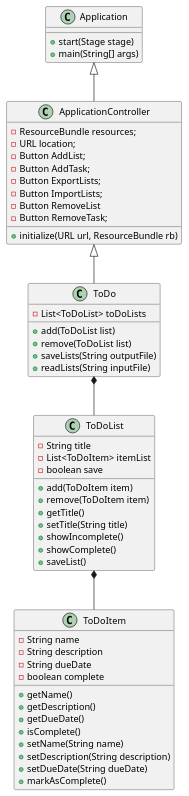
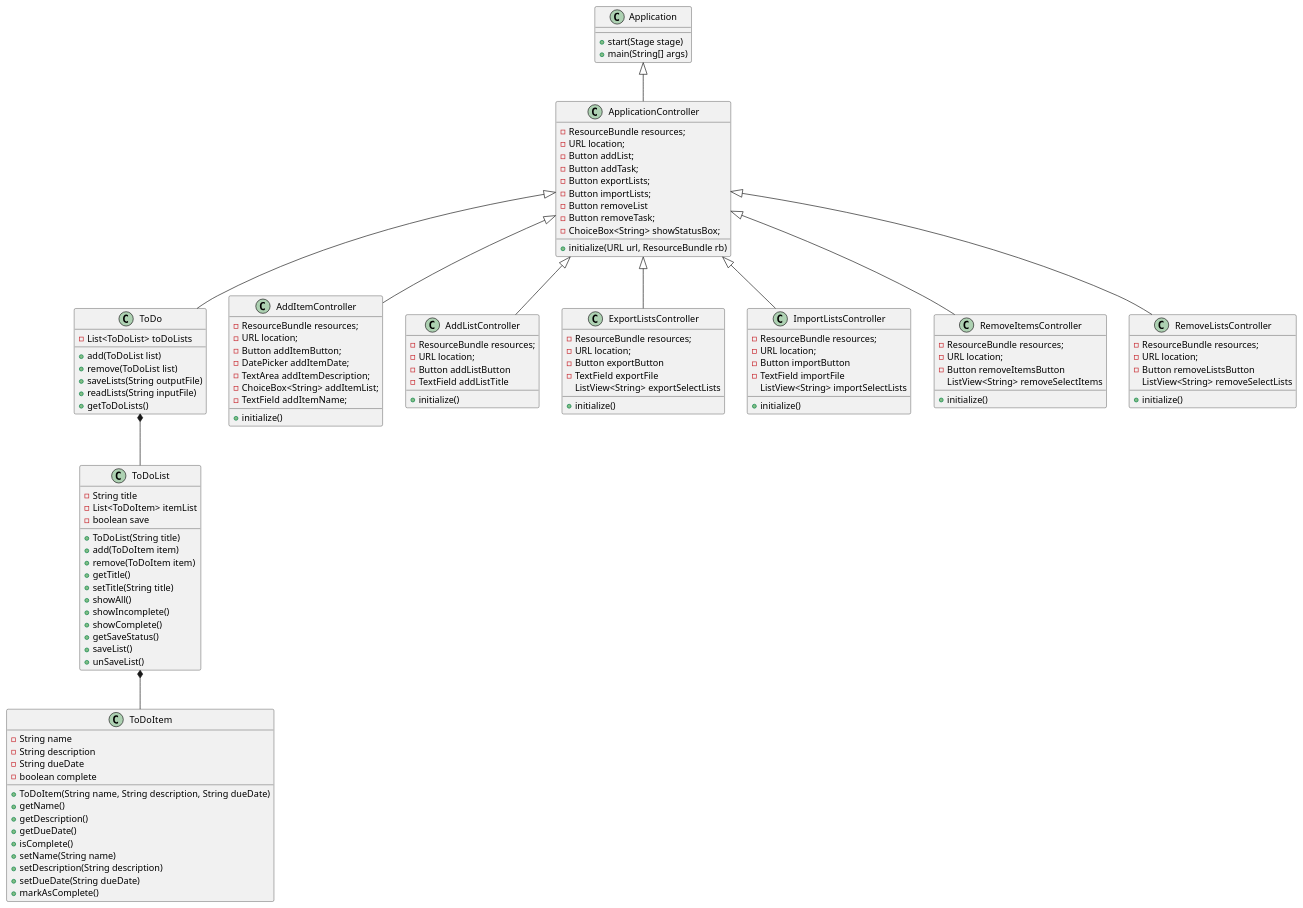
The diagram in docs/ClassDiagram.puml (BlakeLoch/lochmandy-app1-design), drawn with PlantUML before and after one commit. The commit also changed 23 other files, not shown here.

Commit message:
Restructure application, add fxml/controllers, add tests, adjust UML diagram

```diff
--- a/docs/ClassDiagram.puml
+++ b/docs/ClassDiagram.puml
@@ -1,65 +1,136 @@
 @startuml
 
 class Application {
 +start(Stage stage)
 +main(String[] args)
 }
 
 class ApplicationController {
 -ResourceBundle resources;
 -URL location;
--Button AddList;
--Button AddTask;
--Button ExportLists;
--Button ImportLists;
--Button RemoveList
--Button RemoveTask;
+-Button addList;
+-Button addTask;
+-Button exportLists;
+-Button importLists;
+-Button removeList
+-Button removeTask;
+-ChoiceBox<String> showStatusBox;
 
 +initialize(URL url, ResourceBundle rb)
 }
 
 class ToDo {
 -List<ToDoList> toDoLists
 
 +add(ToDoList list)
 +remove(ToDoList list)
 +saveLists(String outputFile)
 +readLists(String inputFile)
++getToDoLists()
 }
 
 class ToDoList {
 -String title
 -List<ToDoItem> itemList
 -boolean save
 
++ToDoList(String title)
 +add(ToDoItem item)
 +remove(ToDoItem item)
 +getTitle()
 +setTitle(String title)
++showAll()
 +showIncomplete()
 +showComplete()
++getSaveStatus()
 +saveList()
++unSaveList()
 }
 
 class ToDoItem {
 -String name
 -String description
 -String dueDate
 -boolean complete
 
++ToDoItem(String name, String description, String dueDate)
 +getName()
 +getDescription()
 +getDueDate()
 +isComplete()
 +setName(String name)
 +setDescription(String description)
 +setDueDate(String dueDate)
 +markAsComplete()
 }
 
+class AddItemController {
+-ResourceBundle resources;
+-URL location;
+-Button addItemButton;
+-DatePicker addItemDate;
+-TextArea addItemDescription;
+-ChoiceBox<String> addItemList;
+-TextField addItemName;
++initialize()
+}
+
+class AddListController {
+-ResourceBundle resources;
+-URL location;
+-Button addListButton
+-TextField addListTitle
++initialize()
+}
+
+class ExportListsController {
+-ResourceBundle resources;
+-URL location;
+-Button exportButton
+-TextField exportFile
+ListView<String> exportSelectLists
++initialize()
+}
+
+class ImportListsController {
+-ResourceBundle resources;
+-URL location;
+-Button importButton
+-TextField importFile
+ListView<String> importSelectLists
++initialize()
+}
+
+class RemoveItemsController {
+-ResourceBundle resources;
+-URL location;
+-Button removeItemsButton
+ListView<String> removeSelectItems
++initialize()
+}
+
+class RemoveListsController {
+-ResourceBundle resources;
+-URL location;
+-Button removeListsButton
+ListView<String> removeSelectLists
++initialize()
+}
+
 Application <|-- ApplicationController
 ApplicationController <|-- ToDo
+ApplicationController <|-- AddItemController
+ApplicationController <|-- AddListController
+ApplicationController <|-- ExportListsController
+ApplicationController <|-- ImportListsController
+ApplicationController <|-- RemoveItemsController
+ApplicationController <|-- RemoveListsController
+
+
 ToDo *-- ToDoList
 ToDoList *-- ToDoItem
 
+
+
+
 @enduml
```
